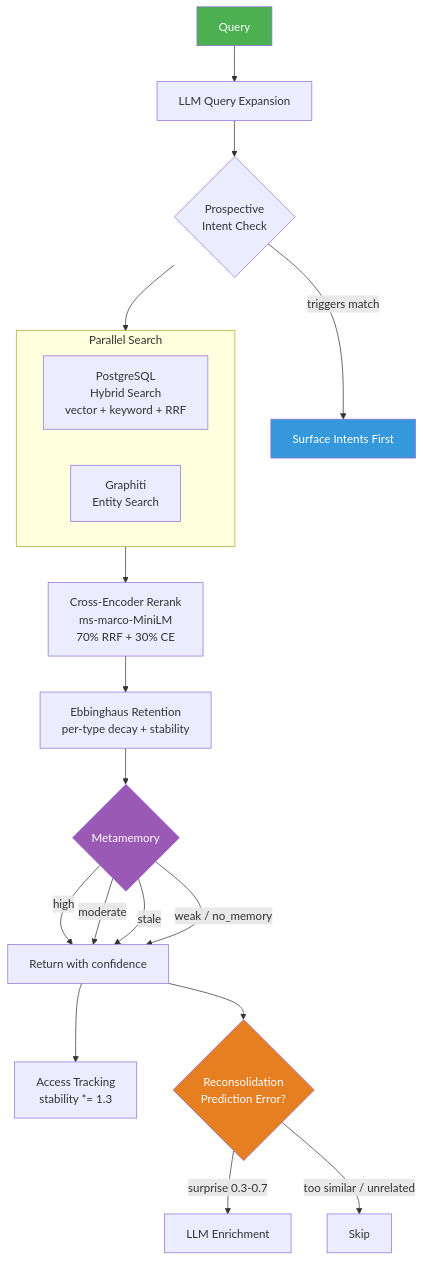
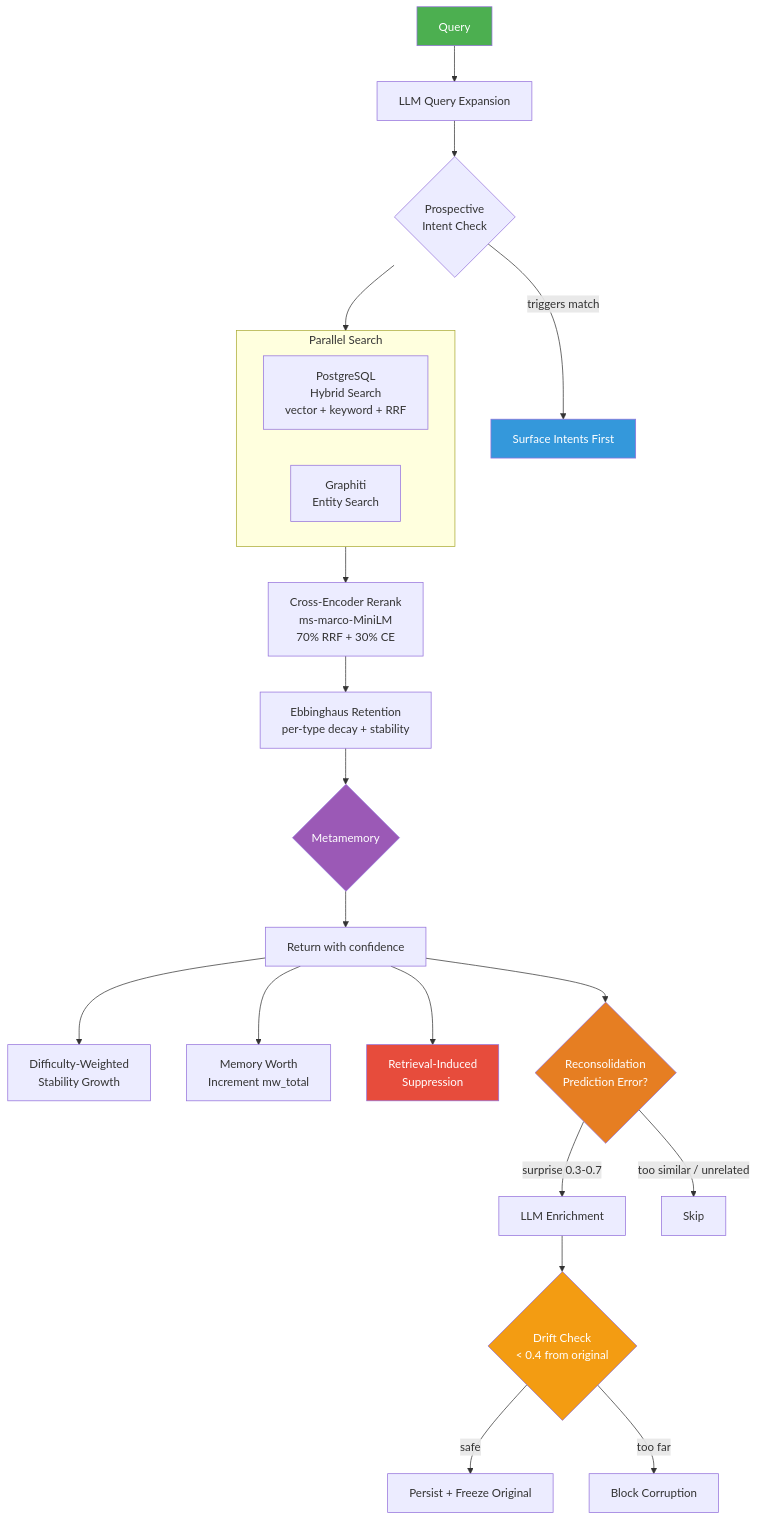
Before and after one commit to RyanWReid/memcore: the second of 3 diagrams in README.md, drawn with Mermaid. The commit also changed other lines of this file and 38 other files, not shown here.

````diff
--- a/README.md
+++ b/README.md
@@ -259,30 +277,34 @@
 ```mermaid
 flowchart TD
     Q[Query] --> EX[LLM Query Expansion]
     EX --> PI{Prospective\nIntent Check}
     PI -->|triggers match| INT[Surface Intents First]
     PI --> PAR
     
     subgraph PAR [Parallel Search]
         PG[PostgreSQL\nHybrid Search\nvector + keyword + RRF]
         GR[Graphiti\nEntity Search]
     end
     
     PAR --> CE[Cross-Encoder Rerank\nms-marco-MiniLM\n70% RRF + 30% CE]
     CE --> EB[Ebbinghaus Retention\nper-type decay + stability]
     EB --> MM{Metamemory}
-    MM -->|high| R1[Return with confidence]
-    MM -->|moderate| R1
-    MM -->|stale| R1
-    MM -->|weak / no_memory| R1
+    MM --> R1[Return with confidence]
     
-    R1 --> AT[Access Tracking\nstability *= 1.3]
+    R1 --> AT[Difficulty-Weighted\nStability Growth]
+    R1 --> MW[Memory Worth\nIncrement mw_total]
+    R1 --> SUP[Retrieval-Induced\nSuppression]
     R1 --> RC{Reconsolidation\nPrediction Error?}
     RC -->|surprise 0.3-0.7| EN[LLM Enrichment]
+    EN --> DR{Drift Check\n< 0.4 from original}
+    DR -->|safe| SAVE[Persist + Freeze Original]
+    DR -->|too far| BLOCK[Block Corruption]
     RC -->|too similar / unrelated| SK[Skip]
 
     style Q fill:#4CAF50,color:#fff
     style MM fill:#9B59B6,color:#fff
     style RC fill:#E67E22,color:#fff
     style INT fill:#3498DB,color:#fff
+    style SUP fill:#E74C3C,color:#fff
+    style DR fill:#F39C12,color:#fff
 ```
````
